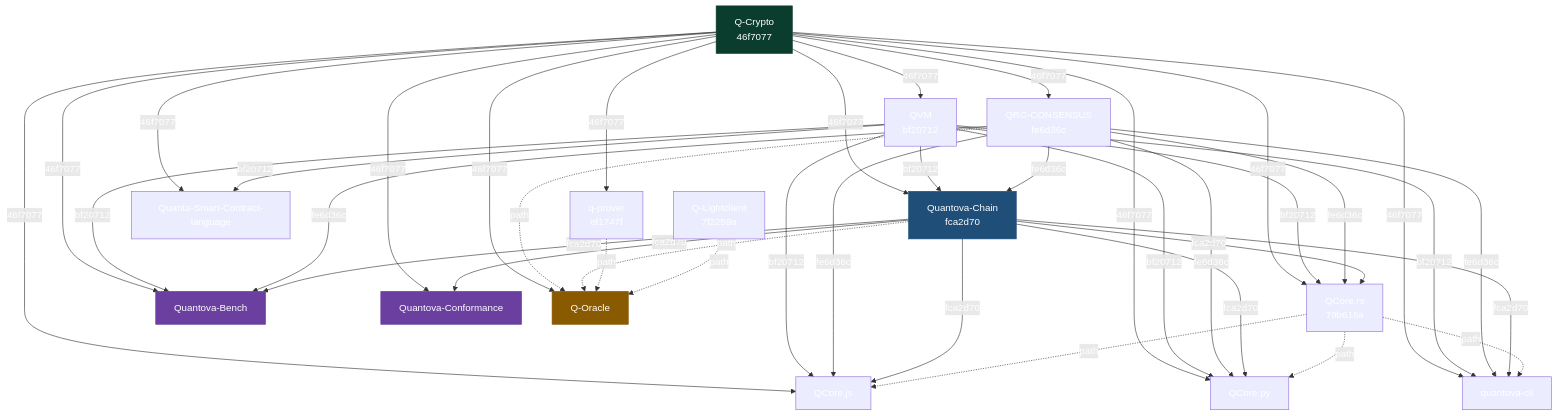
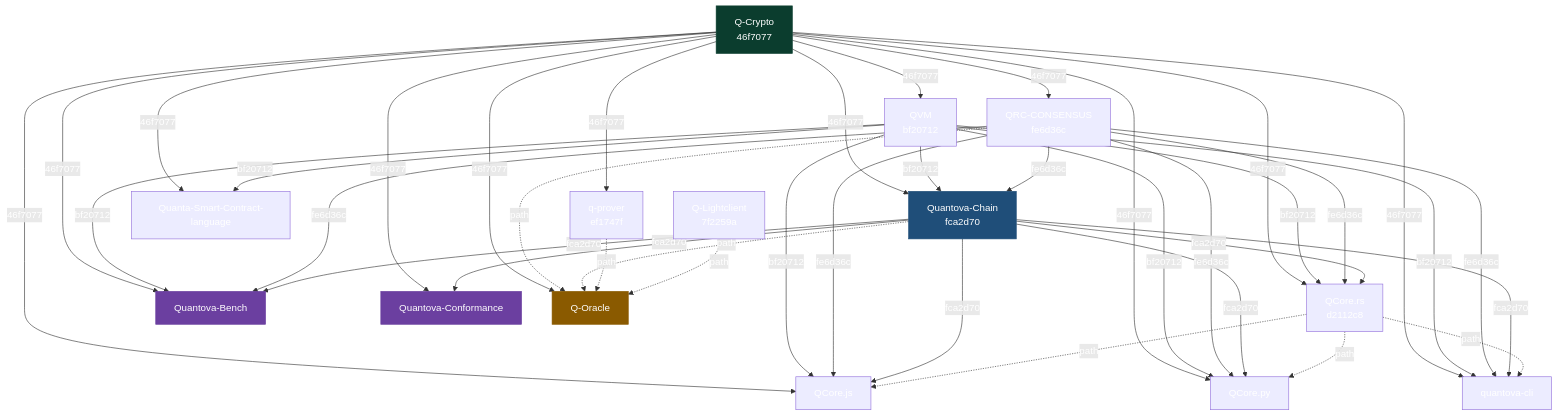
Before and after one commit to Quantova/Quantova-Ci: the diagram in docs/pin-flow.md, drawn with Mermaid. The commit also changed other lines of this file, not shown here.

Commit message:
name the current core commit in the pin map

````diff
--- a/docs/pin-flow.md
+++ b/docs/pin-flow.md
@@ -5,69 +5,69 @@
 ```mermaid
 graph TD
     QCRYPTO["Q-Crypto<br/>46f7077"]
     QVM["QVM<br/>bf20712"]
     QRC["QRC-CONSENSUS<br/>fe6d36c"]
     QPROVER["q-prover<br/>ef1747f"]
     QLC["Q-Lightclient<br/>7f2259a"]
     CHAIN["Quantova-Chain<br/>fca2d70"]
     QUANTA["Quanta-Smart-Contract-language"]
-    QCORERS["QCore.rs<br/>79b616a"]
+    QCORERS["QCore.rs<br/>d2112c8"]
     QCOREJS["QCore.js"]
     QCOREPY["QCore.py"]
     CLI["quantova-cli"]
     BENCH["Quantova-Bench"]
     CONF["Quantova-Conformance"]
     ORACLE["Q-Oracle"]
 
     QCRYPTO -->|46f7077| QVM
     QCRYPTO -->|46f7077| QRC
     QCRYPTO -->|46f7077| QPROVER
     QCRYPTO -->|46f7077| CHAIN
     QCRYPTO -->|46f7077| QUANTA
     QCRYPTO -->|46f7077| QCORERS
     QCRYPTO -->|46f7077| QCOREJS
     QCRYPTO -->|46f7077| QCOREPY
     QCRYPTO -->|46f7077| CLI
     QCRYPTO -->|46f7077| BENCH
     QCRYPTO -->|46f7077| CONF
     QCRYPTO -->|46f7077| ORACLE
 
     QVM -->|bf20712| CHAIN
     QVM -->|bf20712| QUANTA
     QVM -->|bf20712| QCORERS
     QVM -->|bf20712| QCOREJS
     QVM -->|bf20712| QCOREPY
     QVM -->|bf20712| CLI
     QVM -->|bf20712| BENCH
 
     QRC -->|fe6d36c| CHAIN
     QRC -->|fe6d36c| QCORERS
     QRC -->|fe6d36c| QCOREJS
     QRC -->|fe6d36c| QCOREPY
     QRC -->|fe6d36c| CLI
     QRC -->|fe6d36c| BENCH
 
     CHAIN -->|fca2d70| QCORERS
     CHAIN -->|fca2d70| QCOREJS
     CHAIN -->|fca2d70| QCOREPY
     CHAIN -->|fca2d70| CLI
     CHAIN -->|fca2d70| BENCH
     CHAIN -->|fca2d70| CONF
 
     QCORERS -.->|path| QCOREJS
     QCORERS -.->|path| QCOREPY
     QCORERS -.->|path| CLI
     QRC -.->|path| ORACLE
     CHAIN -.->|path| ORACLE
     QPROVER -.->|path| ORACLE
     QLC -.->|path| ORACLE
 
     classDef root fill:#0b3d2e,stroke:#0b3d2e,color:#ffffff
     classDef integ fill:#1f4e79,stroke:#1f4e79,color:#ffffff
     classDef leaf fill:#6b3fa0,stroke:#6b3fa0,color:#ffffff
     classDef airlock fill:#8a5a00,stroke:#8a5a00,color:#ffffff
     class QCRYPTO root
     class CHAIN integ
     class BENCH,CONF leaf
     class ORACLE airlock
 ```
````
